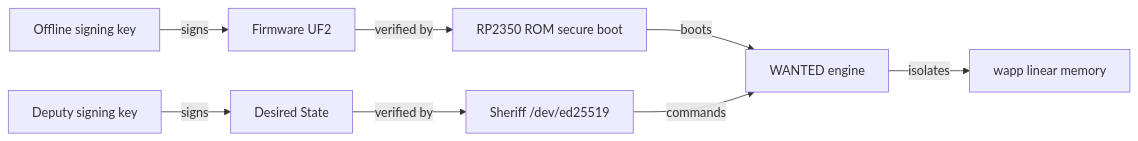
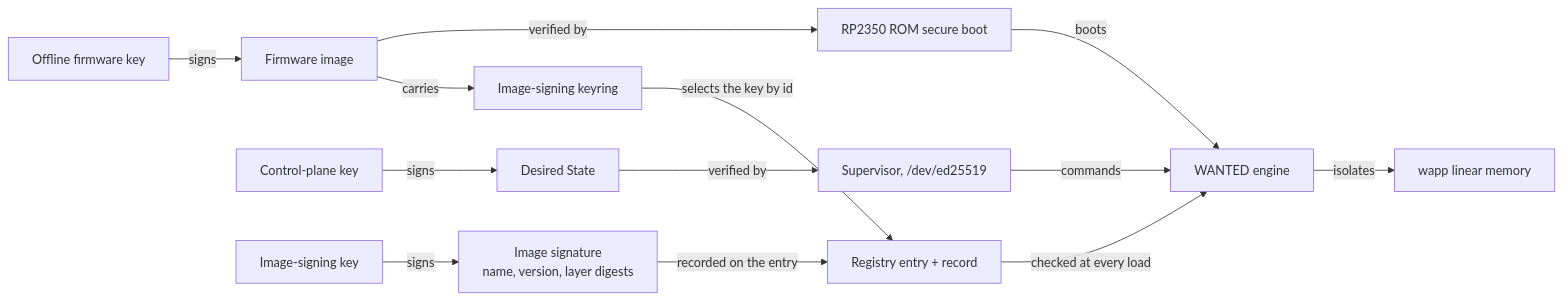
One commit to mekops-labs/wanted-engine changed the third of 4 diagrams in docs/security-model.md. Above: the diagram before and after it, drawn with Mermaid. The commit also changed other lines of this file, not shown here.

First line of the commit message:
docs: show the image chain of trust and the load check

````diff
--- a/docs/security-model.md
+++ b/docs/security-model.md
@@ -202,10 +202,18 @@
 ```mermaid
 graph LR
-  KEY["Offline signing key"] -->|signs| FW["Firmware UF2"]
+  KEY["Offline firmware key"] -->|signs| FW["Firmware image"]
   FW -->|verified by| ROM["RP2350 ROM secure boot"]
   ROM -->|boots| ENG["WANTED engine"]
-  DEP["Deputy signing key"] -->|signs| DS["Desired State"]
-  DS -->|verified by| SUP["Sheriff /dev/ed25519"]
+  FW -->|carries| KR["Image-signing keyring"]
+
+  DEP["Control-plane key"] -->|signs| DS["Desired State"]
+  DS -->|verified by| SUP["Supervisor, /dev/ed25519"]
   SUP -->|commands| ENG
+
+  CI["Image-signing key"] -->|signs| ISIG["Image signature<br/>name, version, layer digests"]
+  ISIG -->|recorded on the entry| REG["Registry entry + record"]
+  REG -->|checked at every load| ENG
+  KR -->|selects the key by id| REG
+
   ENG -->|isolates| WAPP["wapp linear memory"]
 ```
````
